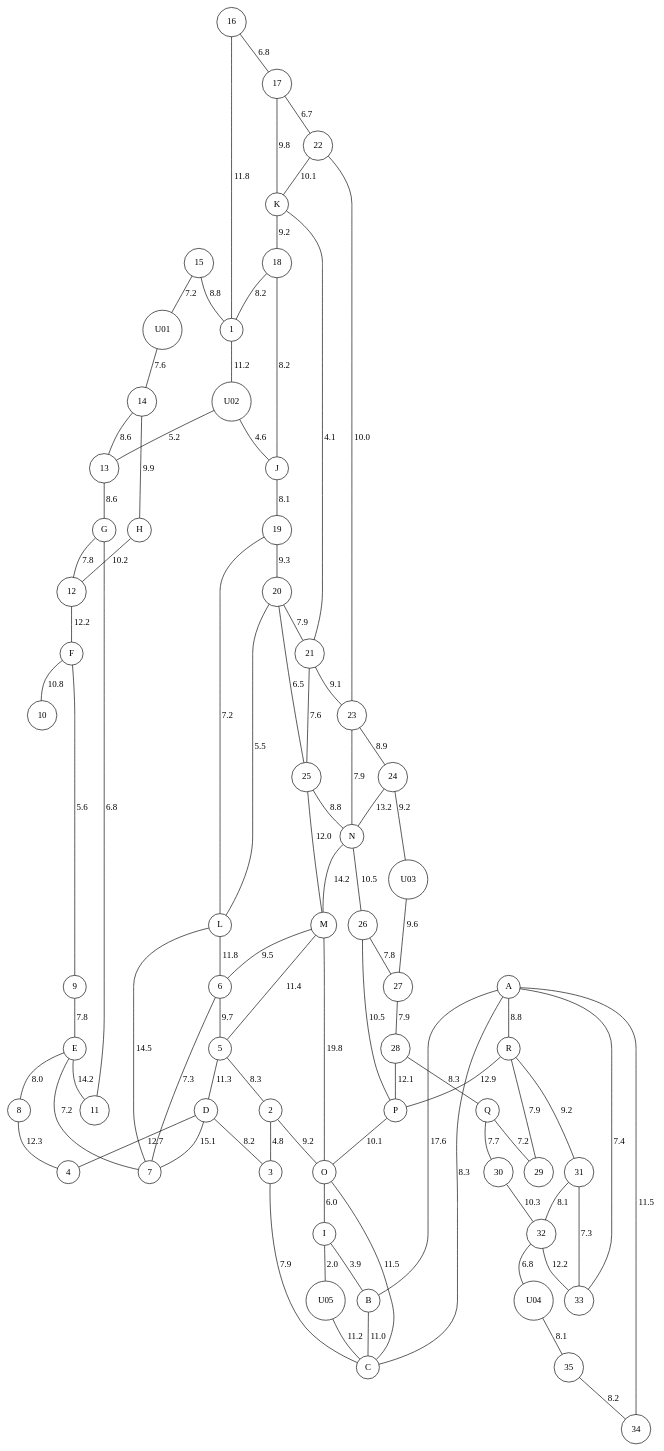
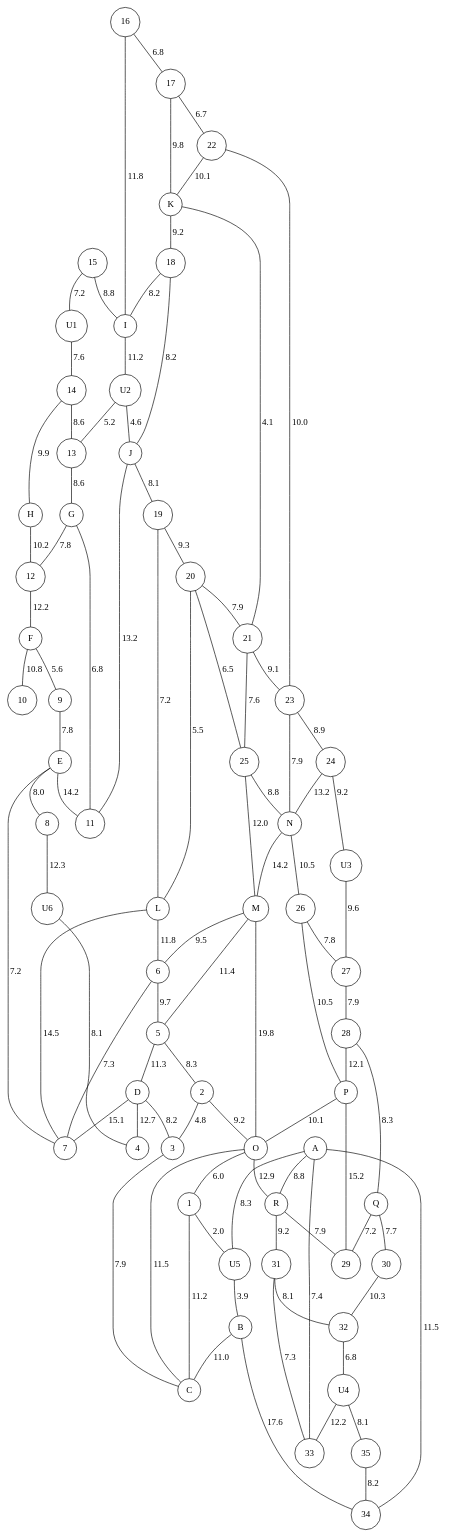
Before and after one commit to ClevelandFG/MM-Final: the diagram in docs/task.md, drawn with Graphviz. The commit also changed other lines of this file and 16 other files, not shown here.

````diff
--- a/docs/task.md
+++ b/docs/task.md
@@ -105,23 +108,24 @@
 graph G {
   graph [overlap=false, splines=true];
   node [shape=circle];
-  "15" -- "U01" [label="7.2", weight="7.2"];
-  "U01" -- "14" [label="7.6", weight="7.6"];
-  "15" -- "1" [label="8.8", weight="8.8"];
+  "15" -- "U1" [label="7.2", weight="7.2"];
+  "U1" -- "14" [label="7.6", weight="7.6"];
+  "15" -- "I" [label="8.8", weight="8.8"];
   "16" -- "17" [label="6.8", weight="6.8"];
-  "16" -- "1" [label="11.8", weight="11.8"];
+  "16" -- "I" [label="11.8", weight="11.8"];
   "17" -- "22" [label="6.7", weight="6.7"];
   "17" -- "K" [label="9.8", weight="9.8"];
   "22" -- "K" [label="10.1", weight="10.1"];
   "22" -- "23" [label="10.0", weight="10.0"];
   "K" -- "18" [label="9.2", weight="9.2"];
   "K" -- "21" [label="4.1", weight="4.1"];
-  "18" -- "1" [label="8.2", weight="8.2"];
+  "18" -- "I" [label="8.2", weight="8.2"];
   "18" -- "J" [label="8.2", weight="8.2"];
   "J" -- "19" [label="8.1", weight="8.1"];
-  "1" -- "U02" [label="11.2", weight="11.2"];
-  "U02" -- "J" [label="4.6", weight="4.6"];
-  "U02" -- "13" [label="5.2", weight="5.2"];
+  "J" -- "11" [label="13.2", weight="13.2"];
+  "I" -- "U2" [label="11.2", weight="11.2"];
+  "U2" -- "J" [label="4.6", weight="4.6"];
+  "U2" -- "13" [label="5.2", weight="5.2"];
   "14" -- "H" [label="9.9", weight="9.9"];
   "14" -- "13" [label="8.6", weight="8.6"];
   "13" -- "G" [label="8.6", weight="8.6"];
@@ -145,8 +149,8 @@
   "23" -- "24" [label="8.9", weight="8.9"];
   "23" -- "N" [label="7.9", weight="7.9"];
   "24" -- "N" [label="13.2", weight="13.2"];
-  "24" -- "U03" [label="9.2", weight="9.2"];
-  "U03" -- "27" [label="9.6", weight="9.6"];
+  "24" -- "U3" [label="9.2", weight="9.2"];
+  "U3" -- "27" [label="9.6", weight="9.6"];
   "25" -- "N" [label="8.8", weight="8.8"];
   "25" -- "M" [label="12.0", weight="12.0"];
   "N" -- "26" [label="10.5", weight="10.5"];
@@ -156,6 +160,7 @@
   "27" -- "28" [label="7.9", weight="7.9"];
   "28" -- "Q" [label="8.3", weight="8.3"];
   "28" -- "P" [label="12.1", weight="12.1"];
+  "P" -- "29" [label="15.2", weight="15.2"];
   "P" -- "O" [label="10.1", weight="10.1"];
   "M" -- "O" [label="19.8", weight="19.8"];
   "M" -- "6" [label="9.5", weight="9.5"];
@@ -169,32 +174,33 @@
   "D" -- "7" [label="15.1", weight="15.1"];
   "D" -- "3" [label="8.2", weight="8.2"];
   "D" -- "4" [label="12.7", weight="12.7"];
-  "8" -- "4" [label="12.3", weight="12.3"];
+  "8" -- "U6" [label="12.3", weight="12.3"];
+  "U6" -- "4" [label="8.1", weight="8.1"];
   "2" -- "3" [label="4.8", weight="4.8"];
   "2" -- "O" [label="9.2", weight="9.2"];
   "3" -- "C" [label="7.9", weight="7.9"];
   "O" -- "C" [label="11.5", weight="11.5"];
-  "O" -- "I" [label="6.0", weight="6.0"];
-  "I" -- "U05" [label="2.0", weight="2.0"];
-  "U05" -- "C" [label="11.2", weight="11.2"];
-  "I" -- "B" [label="3.9", weight="3.9"];
+  "O" -- "1" [label="6.0", weight="6.0"];
+  "1" -- "U5" [label="2.0", weight="2.0"];
+  "1" -- "C" [label="11.2", weight="11.2"];
+  "U5" -- "B" [label="3.9", weight="3.9"];
   "B" -- "C" [label="11.0", weight="11.0"];
-  "A" -- "B" [label="17.6", weight="17.6"];
-  "A" -- "C" [label="8.3", weight="8.3"];
+  "B" -- "34" [label="17.6", weight="17.6"];
+  "A" -- "U5" [label="8.3", weight="8.3"];
   "A" -- "R" [label="8.8", weight="8.8"];
   "A" -- "33" [label="7.4", weight="7.4"];
   "A" -- "34" [label="11.5", weight="11.5"];
-  "R" -- "P" [label="12.9", weight="12.9"];
+  "O" -- "R" [label="12.9", weight="12.9"];
   "R" -- "29" [label="7.9", weight="7.9"];
   "R" -- "31" [label="9.2", weight="9.2"];
   "Q" -- "29" [label="7.2", weight="7.2"];
   "Q" -- "30" [label="7.7", weight="7.7"];
   "30" -- "32" [label="10.3", weight="10.3"];
-  "32" -- "U04" [label="6.8", weight="6.8"];
-  "U04" -- "35" [label="8.1", weight="8.1"];
+  "32" -- "U4" [label="6.8", weight="6.8"];
+  "U4" -- "35" [label="8.1", weight="8.1"];
   "31" -- "32" [label="8.1", weight="8.1"];
   "31" -- "33" [label="7.3", weight="7.3"];
-  "32" -- "33" [label="12.2", weight="12.2"];
+  "U4" -- "33" [label="12.2", weight="12.2"];
   "35" -- "34" [label="8.2", weight="8.2"];
 }
 ```
````
